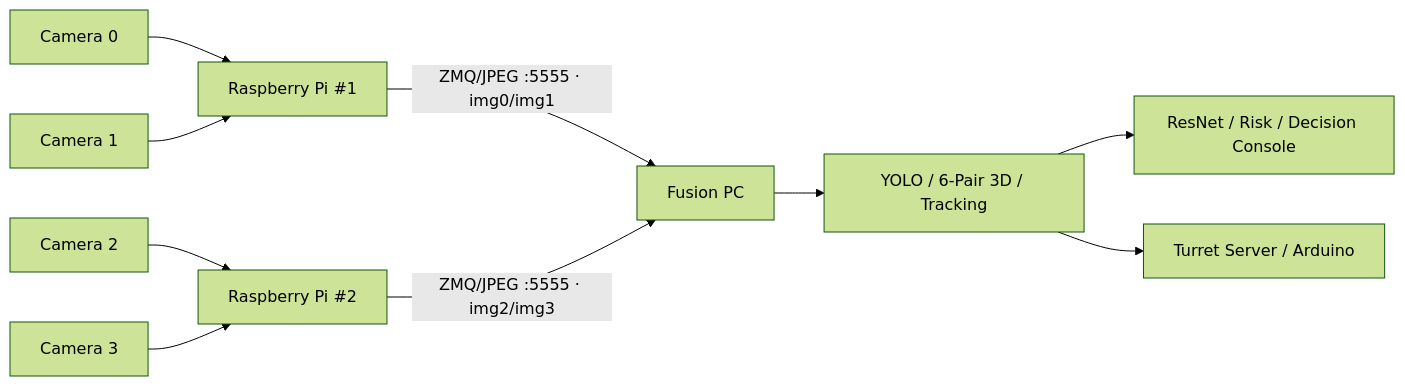
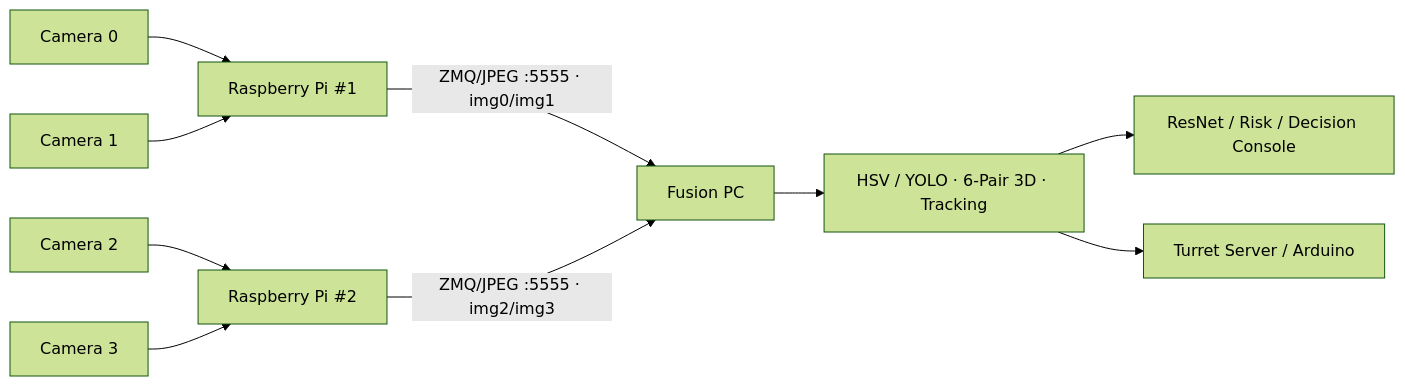
Before and after one commit to Kimjw2024/2026ESWContest_free_AEGIS: the first of 2 diagrams in docs/RUNTIME_MODES.md, drawn with Mermaid (forest theme). The commit also changed other lines of this file, not shown here.

````diff
--- a/docs/RUNTIME_MODES.md
+++ b/docs/RUNTIME_MODES.md
@@ -16,14 +18,14 @@
 ```mermaid
 flowchart LR
     C0["Camera 0"] --> R1["Raspberry Pi #1"]
     C1["Camera 1"] --> R1
     C2["Camera 2"] --> R2["Raspberry Pi #2"]
     C3["Camera 3"] --> R2
 
     R1 -->|"ZMQ/JPEG :5555 · img0/img1"| F["Fusion PC"]
     R2 -->|"ZMQ/JPEG :5555 · img2/img3"| F
 
-    F --> D["YOLO / 6-Pair 3D / Tracking"]
+    F --> D["HSV / YOLO · 6-Pair 3D · Tracking"]
     D --> A["ResNet / Risk / Decision Console"]
     D --> T["Turret Server / Arduino"]
 ```
````
